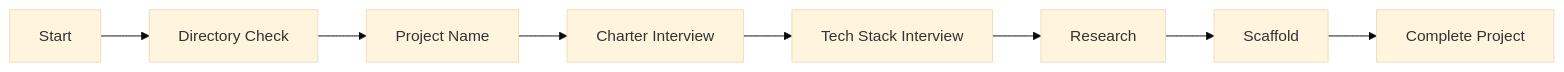
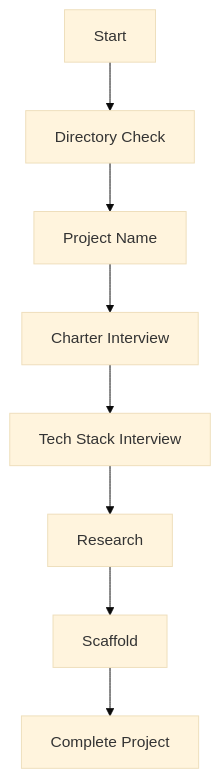
One commit to rp1-run/rp1 changed the diagram in docs/guides/bootstrap.md. Above: the diagram before and after it, drawn with Mermaid (base theme). The commit also changed other lines of this file and 17 other files, not shown here.

````diff
--- a/docs/guides/bootstrap.md
+++ b/docs/guides/bootstrap.md
@@ -56,10 +361,10 @@
 ```mermaid
-flowchart LR
+flowchart TB
     S[Start] --> D[Directory Check]
     D --> N[Project Name]
     N --> C[Charter Interview]
     C --> T[Tech Stack Interview]
     T --> R[Research]
     R --> Sc[Scaffold]
     Sc --> Done[Complete Project]
 ```
````
